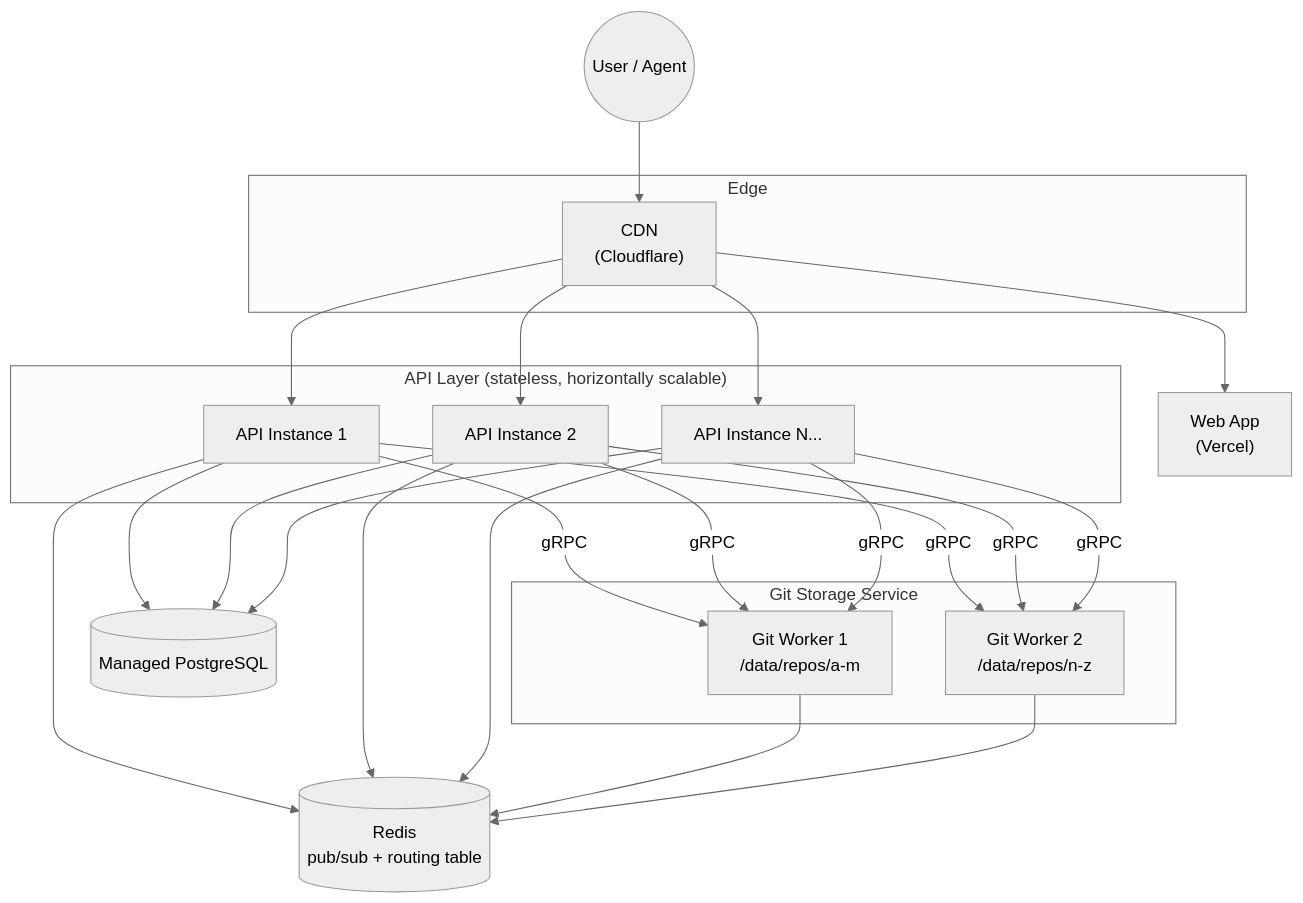
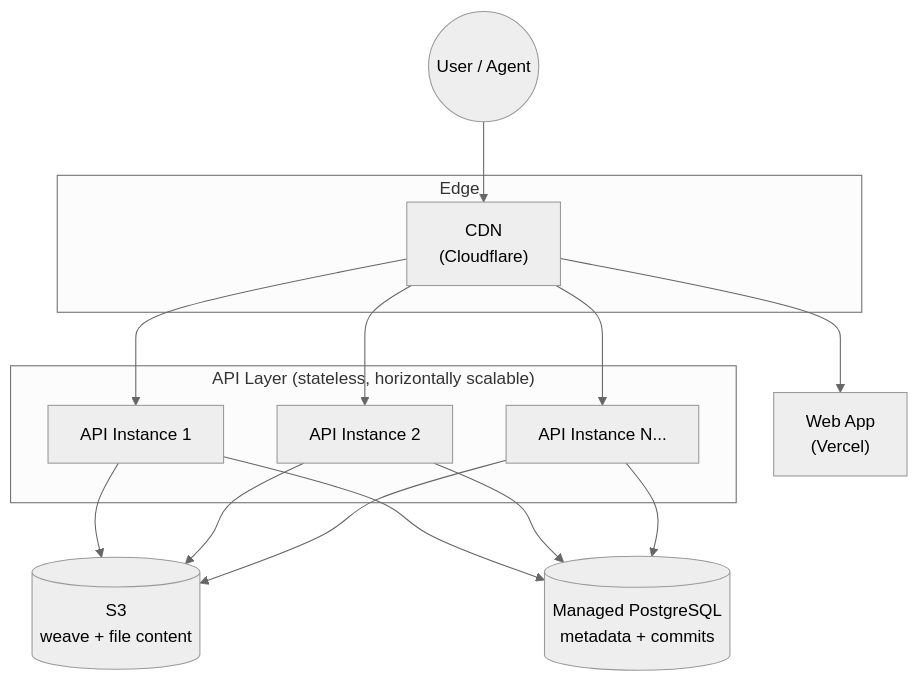
Before and after one commit to glance2life/openarti: the tenth of 11 diagrams in design.md, drawn with Mermaid (neutral theme). The commit also changed other lines of this file and 162 other files, not shown here.

````diff
--- a/design.md
+++ b/design.md
@@ -419,29 +402,22 @@
 ```mermaid
 graph TB
     subgraph Edge
         CDN["CDN<br/>(Cloudflare)"]
     end
 
     subgraph APILayer["API Layer (stateless, horizontally scalable)"]
         API1["API Instance 1"]
         API2["API Instance 2"]
         API3["API Instance N..."]
     end
 
-    subgraph GitService["Git Storage Service"]
-        GW1["Git Worker 1<br/>/data/repos/a-m"]
-        GW2["Git Worker 2<br/>/data/repos/n-z"]
-    end
-
-    Redis[("Redis<br/>pub/sub + routing table")]
-    PG[("Managed PostgreSQL")]
+    S3[("S3<br/>weave + file content")]
+    PG[("Managed PostgreSQL<br/>metadata + commits")]
     Web["Web App<br/>(Vercel)"]
 
     User(("User / Agent")) --> CDN
     CDN --> API1 & API2 & API3
     CDN --> Web
-    API1 & API2 & API3 -->|"gRPC"| GW1 & GW2
+    API1 & API2 & API3 --> S3
     API1 & API2 & API3 --> PG
-    API1 & API2 & API3 --> Redis
-    GW1 & GW2 --> Redis
 ```
````
